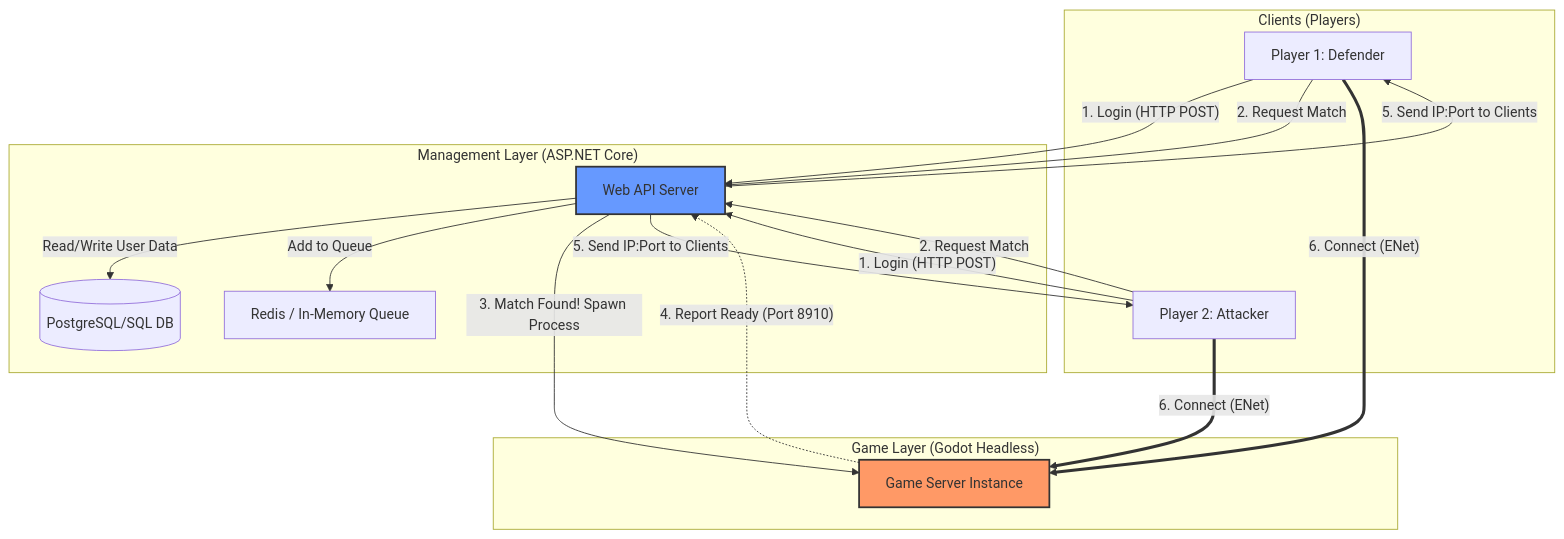
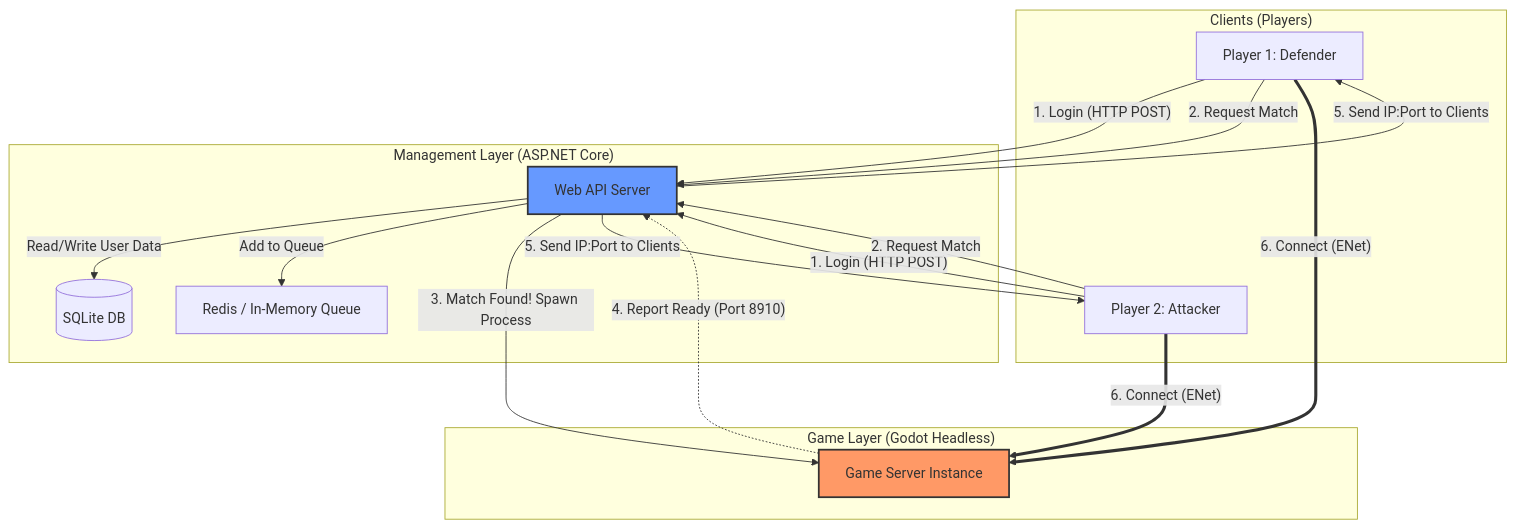
The diagram in docs/diagrams/network_architecture.mmd (stefanFortza/farm-defense-harvest-wars), drawn with Mermaid before and after one commit. The commit also changed 13 other files, not shown here.

```diff
--- a/docs/diagrams/network_architecture.mmd
+++ b/docs/diagrams/network_architecture.mmd
@@ -1,40 +1,40 @@
 graph TD
     subgraph Clients ["Clients (Players)"]
         P1["Player 1: Defender"]
         P2["Player 2: Attacker"]
     end
 
     subgraph Management ["Management Layer (ASP.NET Core)"]
         API["Web API Server"]
-        DB[("PostgreSQL/SQL DB")]
+        DB[("SQLite DB")]
         Redis["Redis / In-Memory Queue"]
     end
 
     subgraph GameLayer ["Game Layer (Godot Headless)"]
         GS["Game Server Instance"]
     end
 
     %% Login Flow
     P1 -- "1. Login (HTTP POST)" --> API
     P2 -- "1. Login (HTTP POST)" --> API
     API -- "Read/Write User Data" --> DB
 
     %% Matchmaking Flow
     P1 -- "2. Request Match" --> API
     P2 -- "2. Request Match" --> API
     API -- "Add to Queue" --> Redis
     
     %% Server Spawning
     API -- "3. Match Found! Spawn Process" --> GS
     GS -.->|"4. Report Ready (Port 8910)"| API
     
     %% Game Connection
     API -- "5. Send IP:Port to Clients" --> P1
     API -- "5. Send IP:Port to Clients" --> P2
     
     %% Realtime Gameplay (ENet)
     P1 == "6. Connect (ENet)" ==> GS
     P2 == "6. Connect (ENet)" ==> GS
     
     style GS fill:#f96,stroke:#333,stroke-width:2px
     style API fill:#69f,stroke:#333,stroke-width:2px
```
